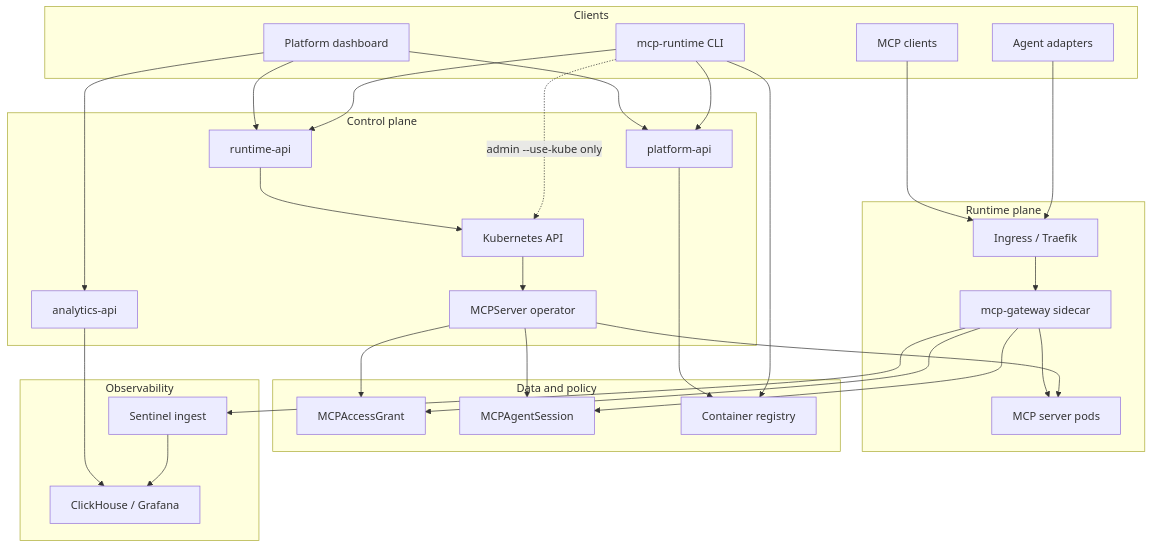
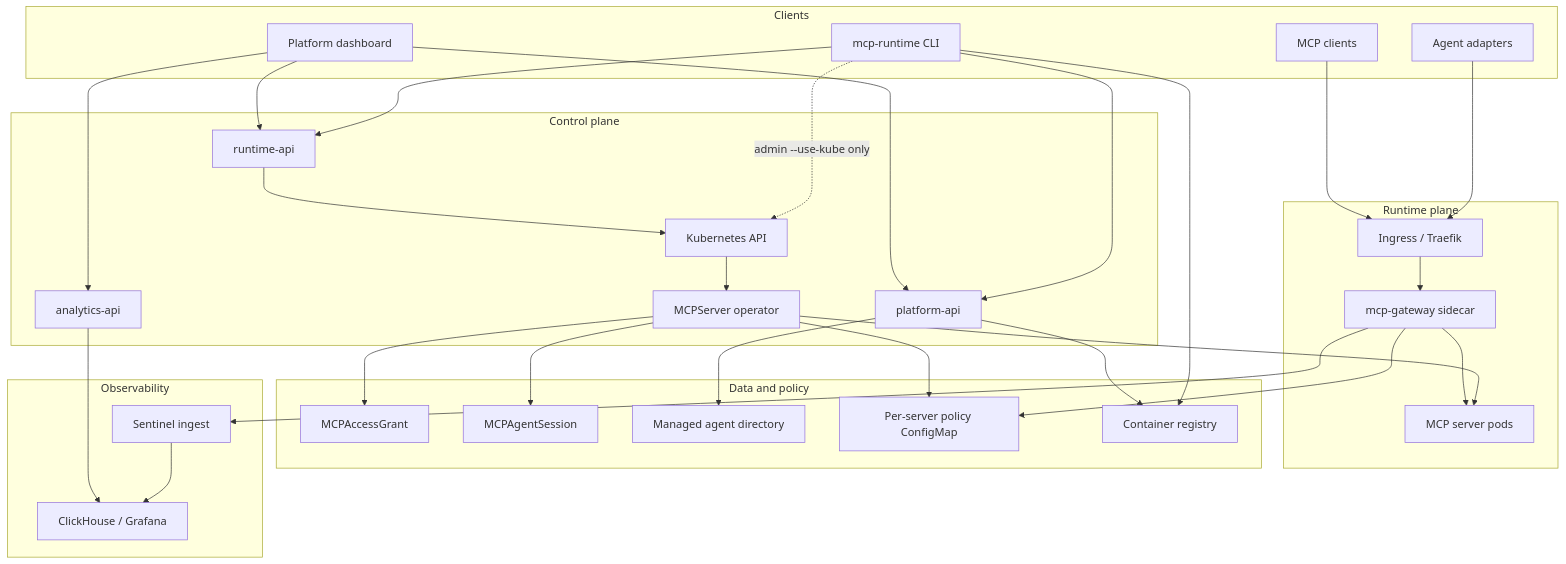
One commit to mcp-runtime/mcp-runtime changed the diagram in docs/architecture.md. Above: the diagram before and after it, drawn with Mermaid. The commit also changed 17 other files, not shown here.

Commit message:
doc: improve platform concepts and policy flow

````diff
--- a/docs/architecture.md
+++ b/docs/architecture.md
@@ -8,55 +8,58 @@
 ```mermaid
 flowchart TB
     subgraph clients [Clients]
         CLI[mcp-runtime CLI]
         UI[Platform dashboard]
         Agent[Agent adapters]
         MCP[MCP clients]
     end
 
     subgraph control [Control plane]
         PlatAPI[platform-api]
         RunAPI[runtime-api]
         AnaAPI[analytics-api]
         K8s[Kubernetes API]
         Op[MCPServer operator]
     end
 
     subgraph runtime [Runtime plane]
         Ing[Ingress / Traefik]
         GW[mcp-gateway sidecar]
         Srv[MCP server pods]
     end
 
     subgraph data [Data and policy]
         Grant[MCPAccessGrant]
         Session[MCPAgentSession]
+        AgentDir[Managed agent directory]
+        Policy[Per-server policy ConfigMap]
         Reg[Container registry]
     end
 
     subgraph obs [Observability]
         Ingest[Sentinel ingest]
         CH[ClickHouse / Grafana]
     end
 
     CLI --> PlatAPI
     CLI --> RunAPI
     CLI -. "admin --use-kube only" .-> K8s
     UI --> PlatAPI
     UI --> RunAPI
     UI --> AnaAPI
+    PlatAPI --> AgentDir
     Agent --> Ing
     MCP --> Ing
     RunAPI --> K8s
     K8s --> Op
     Op --> Srv
     Op --> Grant
     Op --> Session
+    Op --> Policy
     Ing --> GW --> Srv
-    GW --> Grant
-    GW --> Session
+    GW --> Policy
     CLI --> Reg
     PlatAPI --> Reg
     GW --> Ingest --> CH
     AnaAPI --> CH
 ```
````
